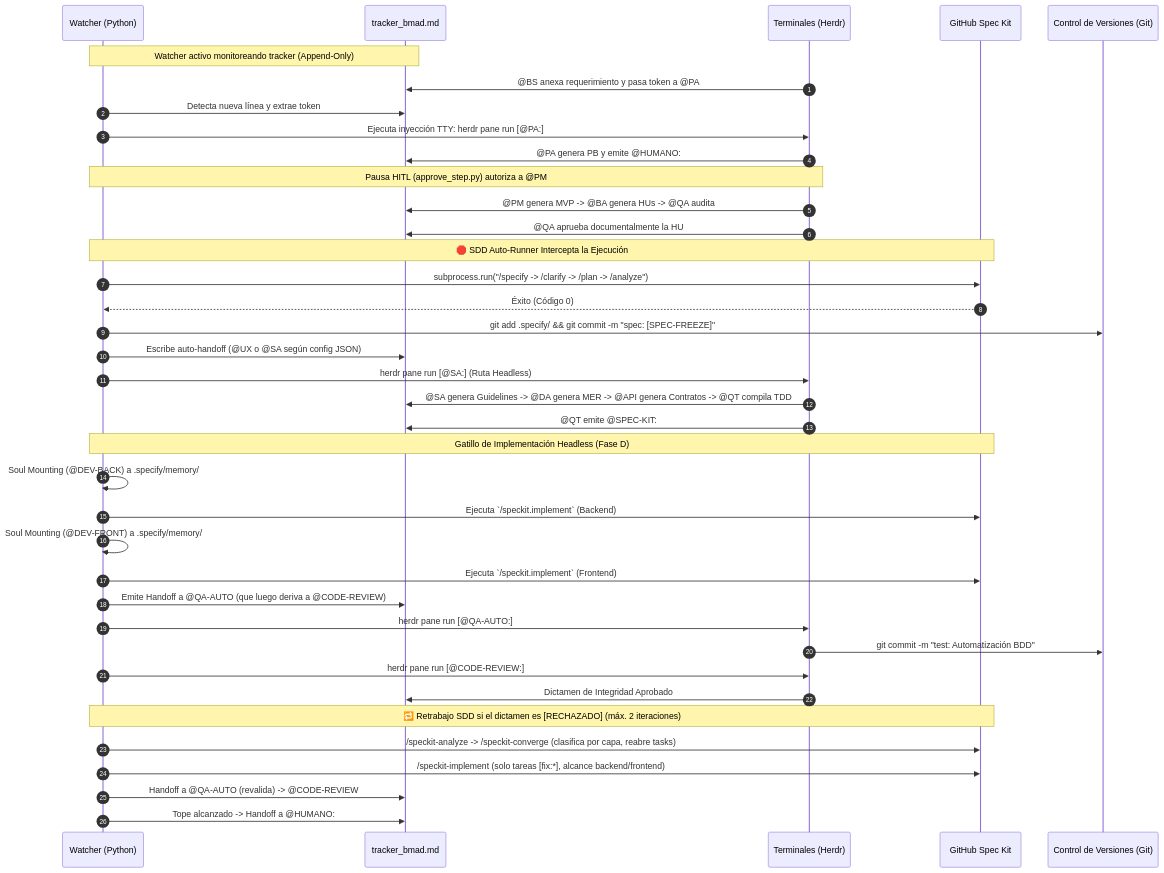
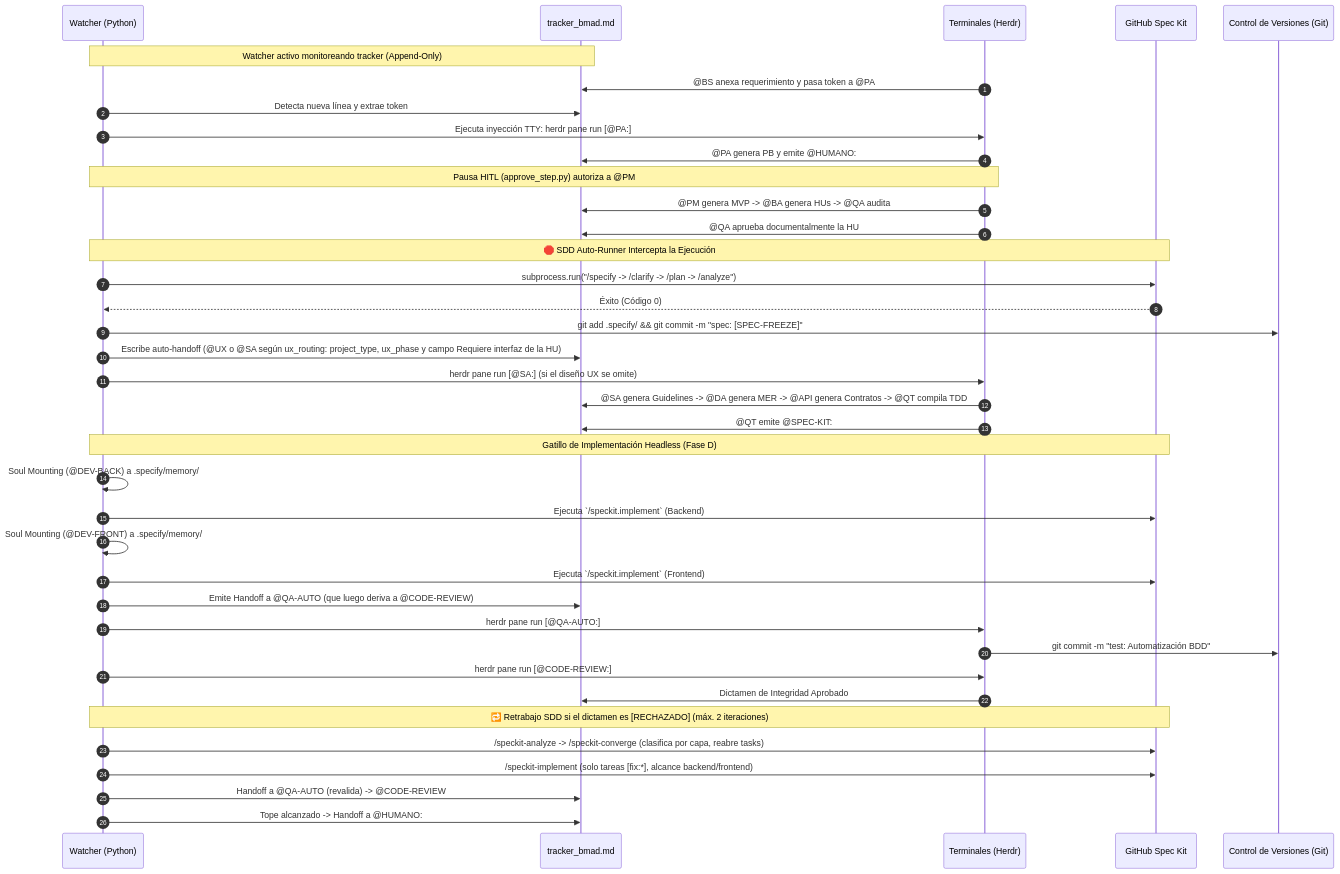
The second of 3 diagrams in ARCHITECTURE.md (pauloravicaceres/tech-work-hub), drawn with Mermaid before and after one commit. The commit also changed other lines of this file and 94 other files, not shown here.

````diff
--- a/ARCHITECTURE.md
+++ b/ARCHITECTURE.md
@@ -88,48 +88,48 @@
 ```mermaid
 sequenceDiagram
     autonumber
     participant W as Watcher (Python)
     participant T as tracker_bmad.md
     participant Herdr as Terminales (Herdr)
     participant S as GitHub Spec Kit
     participant G as Control de Versiones (Git)
 
     Note over W, T: Watcher activo monitoreando tracker (Append-Only)
     Herdr->>T: @BS anexa requerimiento y pasa token a @PA
     
     W->>T: Detecta nueva línea y extrae token
     W->>Herdr: Ejecuta inyección TTY: herdr pane run [@PA:]
     Herdr->>T: @PA genera PB y emite @HUMANO:
     
     Note over W, Herdr: Pausa HITL (approve_step.py) autoriza a @PM
     Herdr->>T: @PM genera MVP -> @BA genera HUs -> @QA audita
     Herdr->>T: @QA aprueba documentalmente la HU
     
     Note over W, S: 🛑 SDD Auto-Runner Intercepta la Ejecución
     W->>S: subprocess.run("/specify -> /clarify -> /plan -> /analyze")
     S-->>W: Éxito (Código 0)
     W->>G: git add .specify/ && git commit -m "spec: [SPEC-FREEZE]"
-    W->>T: Escribe auto-handoff (@UX o @SA según config JSON)
+    W->>T: Escribe auto-handoff (@UX o @SA según ux_routing: project_type, ux_phase y campo Requiere interfaz de la HU)
     
-    W->>Herdr: herdr pane run [@SA:] (Ruta Headless)
+    W->>Herdr: herdr pane run [@SA:] (si el diseño UX se omite)
     Herdr->>T: @SA genera Guidelines -> @DA genera MER -> @API genera Contratos -> @QT compila TDD
     Herdr->>T: @QT emite @SPEC-KIT:
     
     Note over W, S: Gatillo de Implementación Headless (Fase D)
     W->>W: Soul Mounting (@DEV-BACK) a .specify/memory/
     W->>S: Ejecuta `/speckit.implement` (Backend)
     W->>W: Soul Mounting (@DEV-FRONT) a .specify/memory/
     W->>S: Ejecuta `/speckit.implement` (Frontend)
     W->>T: Emite Handoff a @QA-AUTO (que luego deriva a @CODE-REVIEW)
 
     W->>Herdr: herdr pane run [@QA-AUTO:]
     Herdr->>G: git commit -m "test: Automatización BDD"
     W->>Herdr: herdr pane run [@CODE-REVIEW:]
     Herdr->>T: Dictamen de Integridad Aprobado
 
     Note over W, S: 🔁 Retrabajo SDD si el dictamen es [RECHAZADO] (máx. 2 iteraciones)
     W->>S: /speckit-analyze -> /speckit-converge (clasifica por capa, reabre tasks)
     W->>S: /speckit-implement (solo tareas [fix:*], alcance backend/frontend)
     W->>T: Handoff a @QA-AUTO (revalida) -> @CODE-REVIEW
     W->>T: Tope alcanzado -> Handoff a @HUMANO:
 ```
````
